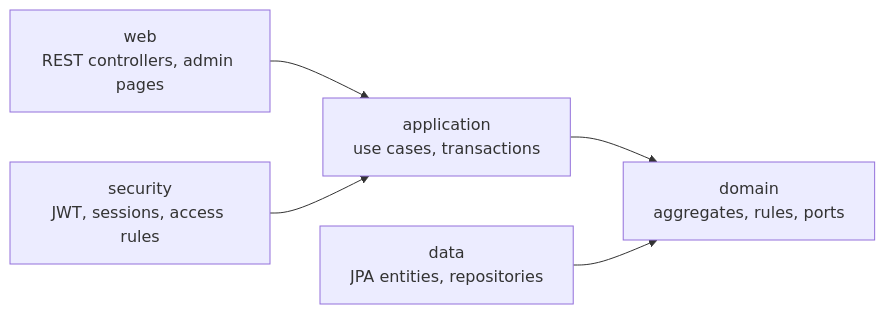
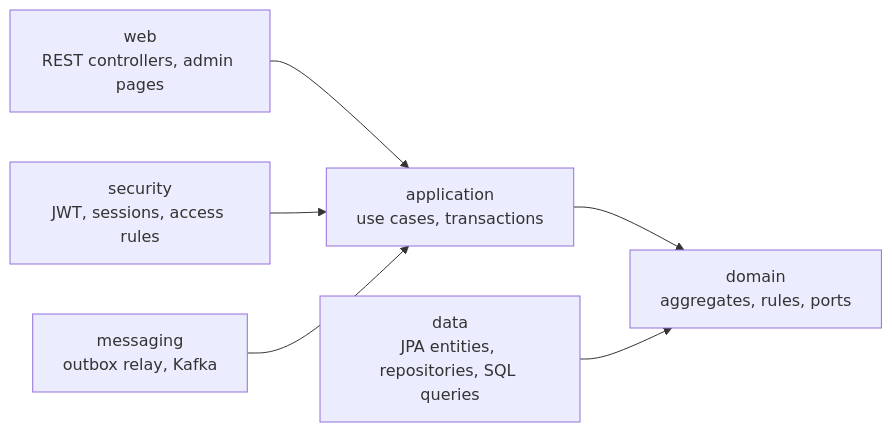
Before and after one commit to fedchuk/passly-server: the diagram in README.md, drawn with Mermaid. The commit also changed other lines of this file, not shown here.

````diff
--- a/README.md
+++ b/README.md
@@ -36,7 +40,8 @@
 ```mermaid
 flowchart LR
     web["web<br/>REST controllers, admin pages"] --> application
     security["security<br/>JWT, sessions, access rules"] --> application
+    messaging["messaging<br/>outbox relay, Kafka"] --> application
     application["application<br/>use cases, transactions"] --> domain["domain<br/>aggregates, rules, ports"]
-    data["data<br/>JPA entities, repositories"] --> domain
+    data["data<br/>JPA entities, repositories, SQL queries"] --> domain
 ```
````
